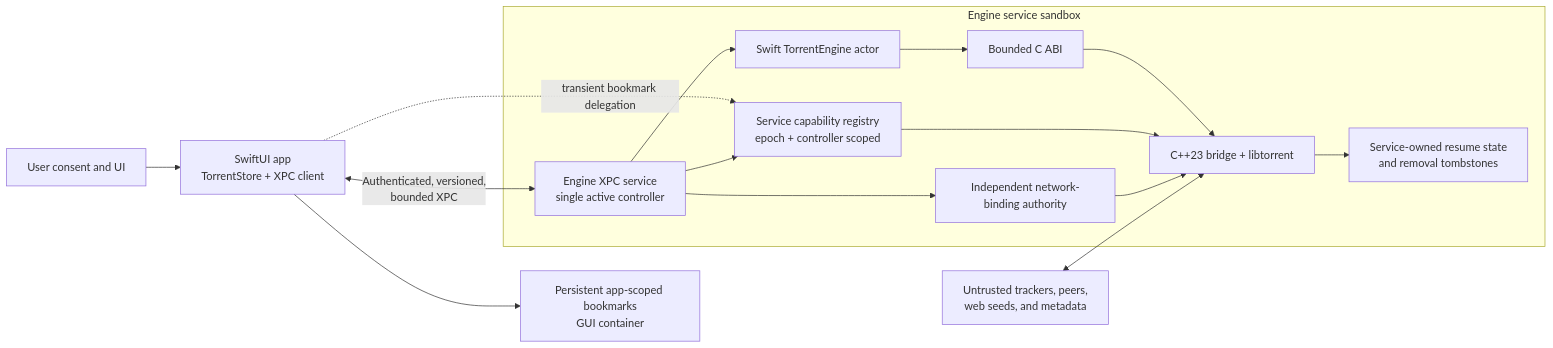
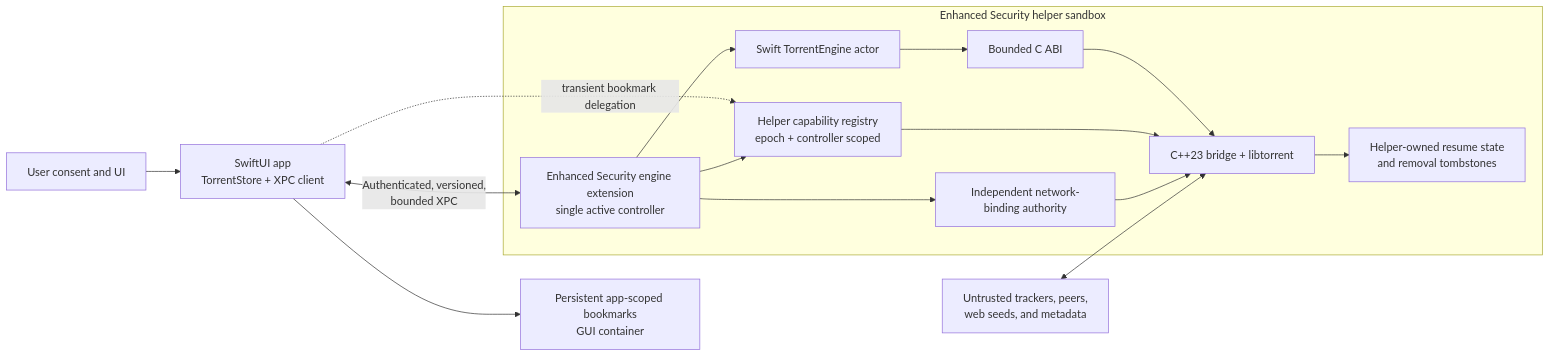
One commit to Wonderfall/torrent7 changed the diagram in Documentation/Architecture.md. Above: the diagram before and after it, drawn with Mermaid. The commit also changed other lines of this file and 2 other files, not shown here.

Commit message:
document Enhanced Security helper architecture

````diff
--- a/Documentation/Architecture.md
+++ b/Documentation/Architecture.md
@@ -9,20 +9,20 @@
 ```mermaid
 flowchart LR
     User["User consent and UI"] --> GUI["SwiftUI app<br/>TorrentStore + XPC client"]
     GUI --> Bookmarks["Persistent app-scoped bookmarks<br/>GUI container"]
-    GUI <-->|"Authenticated, versioned,<br/>bounded XPC"| Service["Engine XPC service<br/>single active controller"]
-    GUI -. "transient bookmark delegation" .-> Capabilities["Service capability registry<br/>epoch + controller scoped"]
+    GUI <-->|"Authenticated, versioned,<br/>bounded XPC"| Helper["Enhanced Security engine extension<br/>single active controller"]
+    GUI -. "transient bookmark delegation" .-> Capabilities["Helper capability registry<br/>epoch + controller scoped"]
 
-    subgraph EngineProcess["Engine service sandbox"]
-        Service --> Capabilities
-        Service --> Authority["Independent network-binding authority"]
-        Service --> Core["Swift TorrentEngine actor"]
+    subgraph EngineProcess["Enhanced Security helper sandbox"]
+        Helper --> Capabilities
+        Helper --> Authority["Independent network-binding authority"]
+        Helper --> Core["Swift TorrentEngine actor"]
         Core --> ABI["Bounded C ABI"]
         ABI --> Native["C++23 bridge + libtorrent"]
-        Native --> State["Service-owned resume state<br/>and removal tombstones"]
+        Native --> State["Helper-owned resume state<br/>and removal tombstones"]
         Capabilities --> Native
         Authority --> Native
     end
 
     Internet["Untrusted trackers, peers,<br/>web seeds, and metadata"] <--> Native
 ```
````
